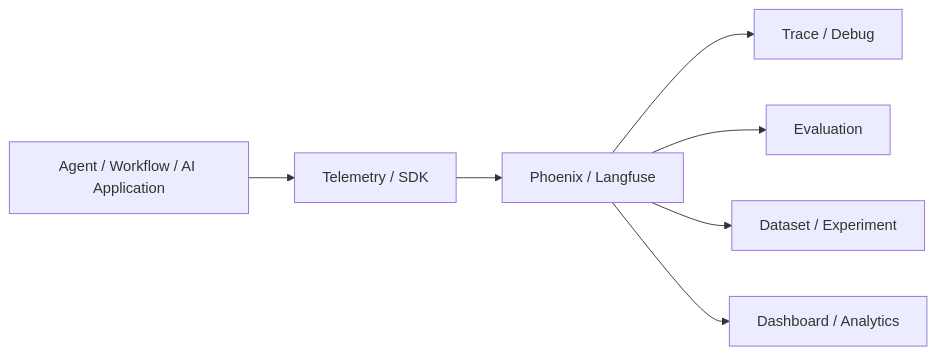
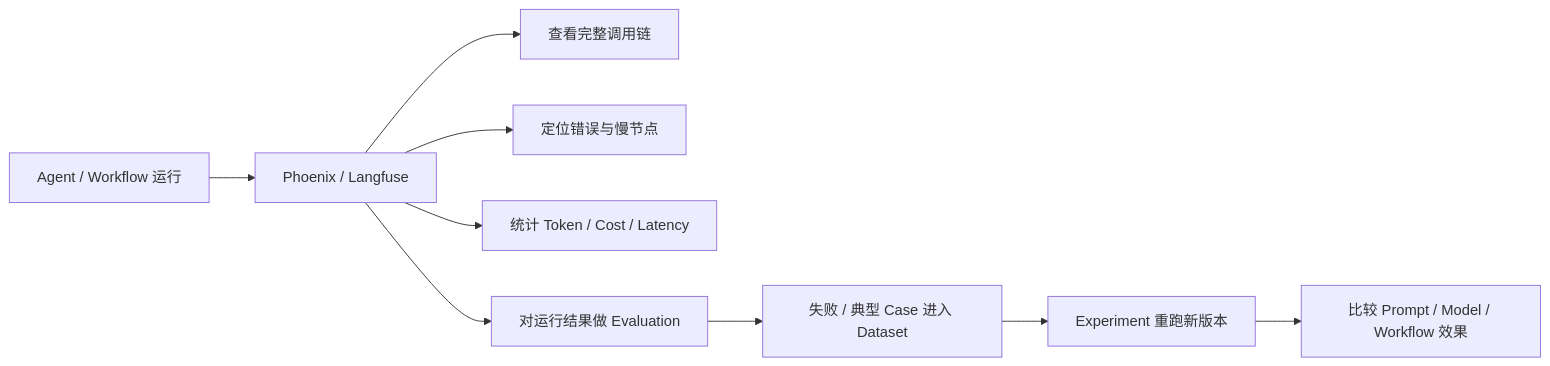
Before and after one commit to sgfd-ui/internship: the first of 16 diagrams in weekly-report/phoenix-langfuse-research.md, drawn with Mermaid. The commit also changed other lines of this file, not shown here.

Commit message:
docs: improve usage and architecture diagrams

````diff
--- a/weekly-report/phoenix-langfuse-research.md
+++ b/weekly-report/phoenix-langfuse-research.md
@@ -28,11 +28,14 @@
 ```mermaid
 flowchart LR
-    A[Agent / Workflow / AI Application]
-    --> B[Telemetry / SDK]
-    --> C[Phoenix / Langfuse]
+    A[Agent / Workflow 运行]
+    --> B[Phoenix / Langfuse]
 
-    C --> D[Trace / Debug]
-    C --> E[Evaluation]
-    C --> F[Dataset / Experiment]
-    C --> G[Dashboard / Analytics]
+    B --> C[查看完整调用链]
+    B --> D[定位错误与慢节点]
+    B --> E[统计 Token / Cost / Latency]
+    B --> F[对运行结果做 Evaluation]
+
+    F --> G[失败 / 典型 Case 进入 Dataset]
+    G --> H[Experiment 重跑新版本]
+    H --> I[比较 Prompt / Model / Workflow 效果]
 ```
````
